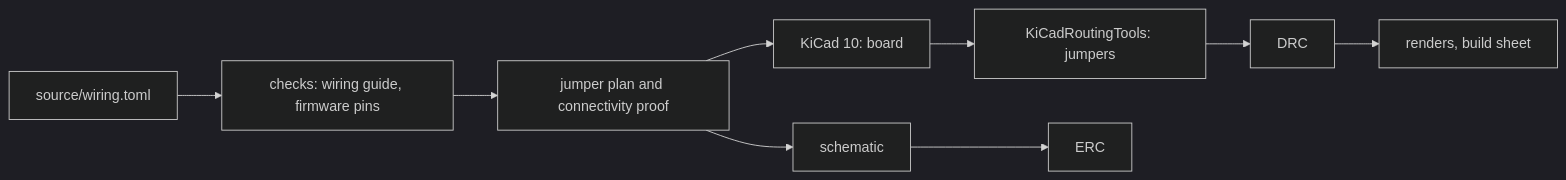
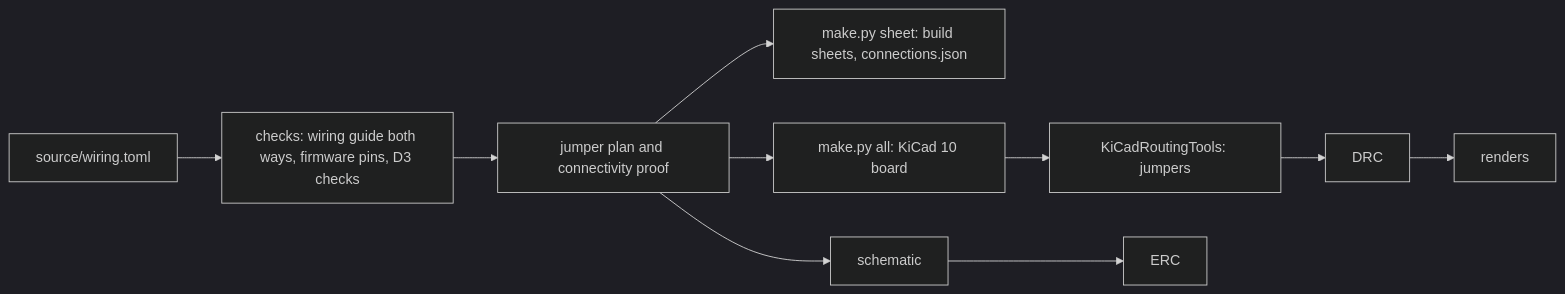
One commit to clintecker/weather-station-2026 changed the diagram in hardware/bench-breadboard-r0/README.md. Above: the diagram before and after it, drawn with Mermaid (dark theme). The commit also changed other lines of this file and 303 other files, not shown here.

````diff
--- a/hardware/bench-breadboard-r0/README.md
+++ b/hardware/bench-breadboard-r0/README.md
@@ -22,8 +39,9 @@
 ```mermaid
 flowchart LR
-  T["source/wiring.toml"] --> C["checks: wiring guide, firmware pins"]
+  T["source/wiring.toml"] --> C["checks: wiring guide both ways, firmware pins, D3 checks"]
   C --> P["jumper plan and connectivity proof"]
-  P --> K["KiCad 10: board"] --> R["KiCadRoutingTools: jumpers"] --> D["DRC"]
+  P --> S1["make.py sheet: build sheets, connections.json"]
+  P --> K["make.py all: KiCad 10 board"] --> R["KiCadRoutingTools: jumpers"] --> D["DRC"]
   P --> S["schematic"] --> E["ERC"]
-  D --> O["renders, build sheet"]
+  D --> O["renders"]
 ```
````
